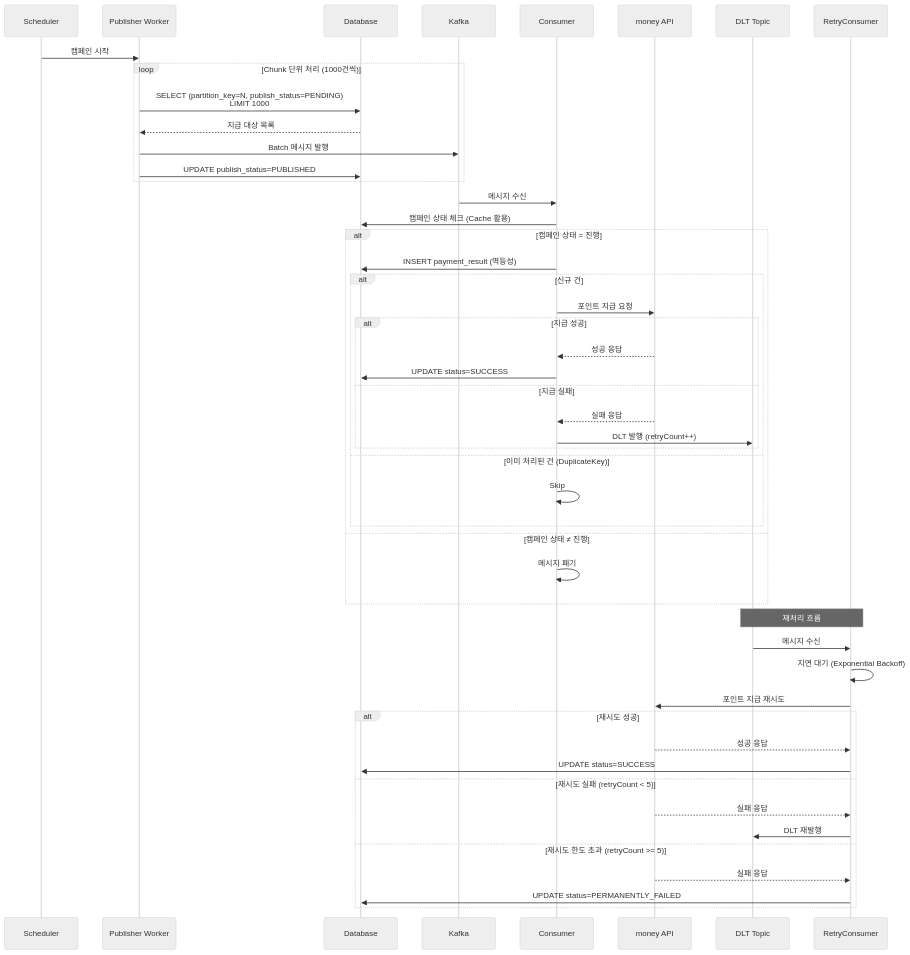
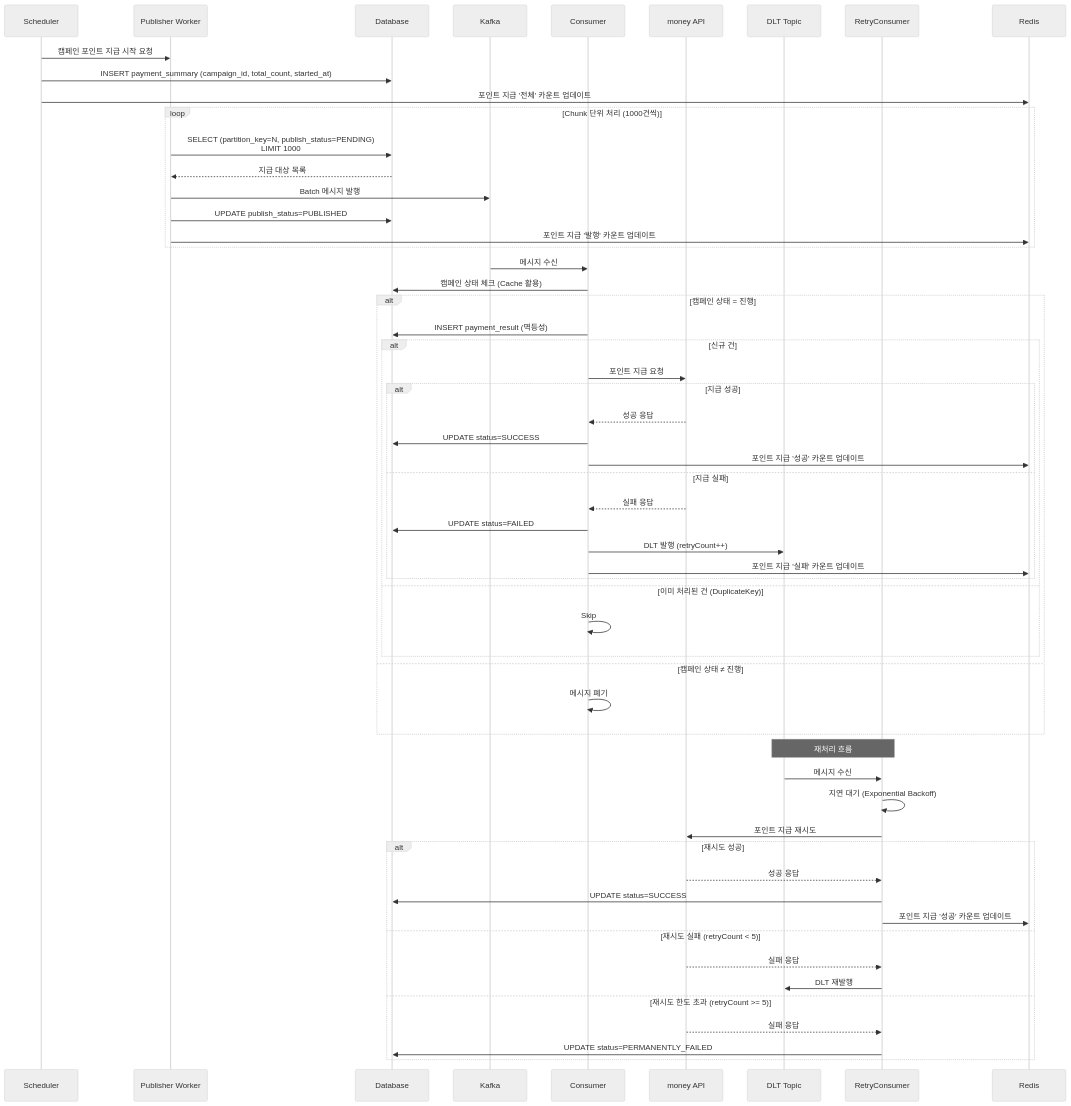
The second of 8 diagrams in 1. Project/2026_MP_대량 포인트 지급 시스템/02_Architecture.md (JiYoonKimjimmy/obsidian-vault), drawn with Mermaid (neutral theme) before and after one commit. The commit also changed other lines of this file, not shown here.

````diff
--- a/1. Project/2026_MP_대량 포인트 지급 시스템/02_Architecture.md
+++ b/1. Project/2026_MP_대량 포인트 지급 시스템/02_Architecture.md
@@ -90,56 +112,64 @@
 ```mermaid
 sequenceDiagram
     participant S as Scheduler
     participant P as Publisher Worker
     participant DB as Database
     participant K as Kafka
     participant C as Consumer
     participant M as money API
     participant DLT as DLT Topic
     participant RC as RetryConsumer
+    participant R as Redis
 
-    S->>P: 캠페인 시작
+    S->>P: 캠페인 포인트 지급 시작 요청
+    S->>DB: INSERT payment_summary (campaign_id, total_count, started_at)
+    S->>R: 포인트 지급 '전체' 카운트 업데이트
     
     loop Chunk 단위 처리 (1000건씩)
         P->>DB: SELECT (partition_key=N, publish_status=PENDING)<br/>LIMIT 1000
         DB-->>P: 지급 대상 목록
         P->>K: Batch 메시지 발행
         P->>DB: UPDATE publish_status=PUBLISHED
+        P->>R: 포인트 지급 '발행' 카운트 업데이트
     end
     
     K->>C: 메시지 수신
     C->>DB: 캠페인 상태 체크 (Cache 활용)
     
     alt 캠페인 상태 = 진행
         C->>DB: INSERT payment_result (멱등성)
         alt 신규 건
             C->>M: 포인트 지급 요청
             alt 지급 성공
                 M-->>C: 성공 응답
                 C->>DB: UPDATE status=SUCCESS
+                C->>R: 포인트 지급 '성공' 카운트 업데이트
             else 지급 실패
                 M-->>C: 실패 응답
+                C->>DB: UPDATE status=FAILED
                 C->>DLT: DLT 발행 (retryCount++)
+                C->>R: 포인트 지급 '실패' 카운트 업데이트
             end
         else 이미 처리된 건 (DuplicateKey)
             C->>C: Skip
         end
     else 캠페인 상태 ≠ 진행
         C->>C: 메시지 폐기
     end
     
     Note over DLT,RC: 재처리 흐름
     DLT->>RC: 메시지 수신
     RC->>RC: 지연 대기 (Exponential Backoff)
     RC->>M: 포인트 지급 재시도
     alt 재시도 성공
         M-->>RC: 성공 응답
         RC->>DB: UPDATE status=SUCCESS
+        RC->>R: 포인트 지급 '성공' 카운트 업데이트
     else 재시도 실패 (retryCount < 5)
         M-->>RC: 실패 응답
         RC->>DLT: DLT 재발행
     else 재시도 한도 초과 (retryCount >= 5)
         M-->>RC: 실패 응답
         RC->>DB: UPDATE status=PERMANENTLY_FAILED
     end
 ```
````
